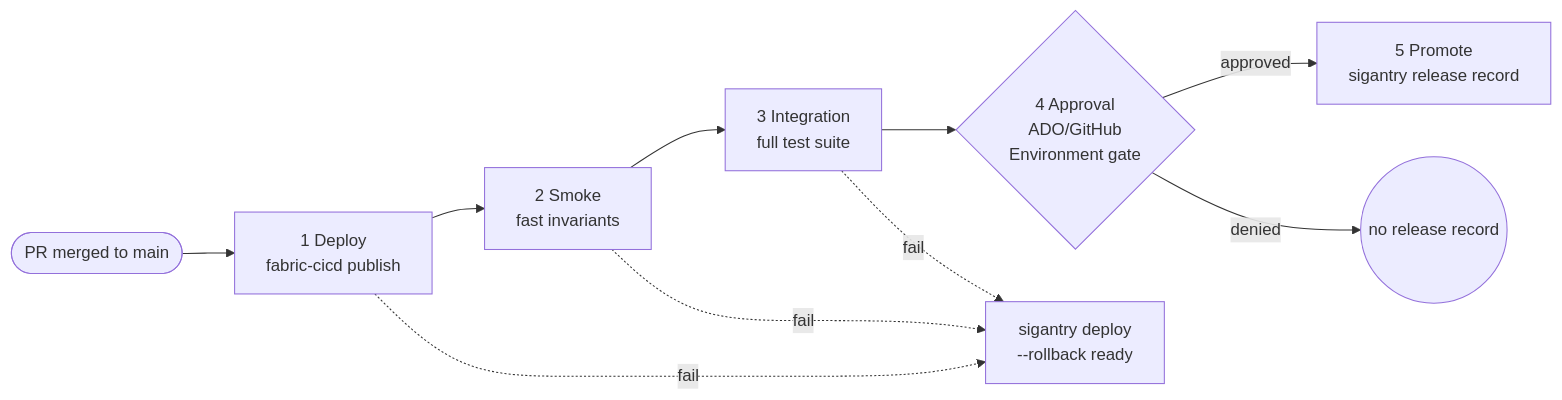
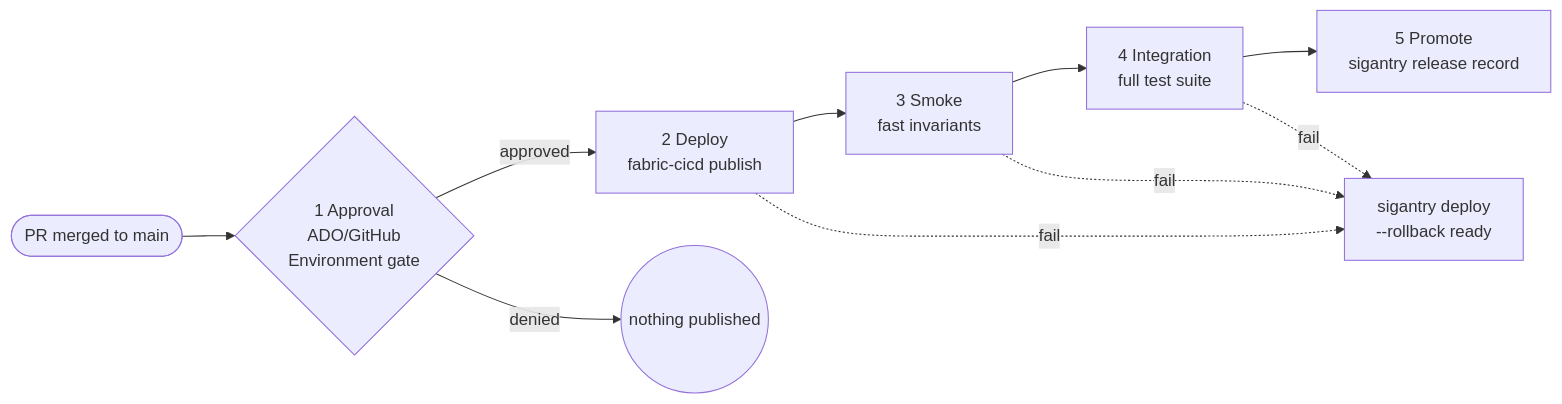
Before and after one commit to Bralabee/sigantry: the sixth of 9 diagrams in docs/CAPABILITIES.md, drawn with Mermaid. The commit also changed other lines of this file and 15 other files, not shown here.

First line of the commit message:
fix(ci-templates): OIDC login, pinned version, approval before publish, approver from the record (#87)

````diff
--- a/docs/CAPABILITIES.md
+++ b/docs/CAPABILITIES.md
@@ -544,12 +544,12 @@
 ```mermaid
 flowchart LR
-    PR(["PR merged to main"]) --> S1["1 Deploy<br/>fabric-cicd publish"]
-    S1 --> S2["2 Smoke<br/>fast invariants"]
-    S2 --> S3["3 Integration<br/>full test suite"]
-    S3 --> APP{"4 Approval<br/>ADO/GitHub<br/>Environment gate"}
-    APP -->|approved| S5["5 Promote<br/>sigantry release record"]
-    APP -->|denied| END(("no release record"))
-    S1 -. fail .-> ROLL["sigantry deploy<br/>--rollback ready"]
-    S2 -. fail .-> ROLL
+    PR(["PR merged to main"]) --> APP{"1 Approval<br/>ADO/GitHub<br/>Environment gate"}
+    APP -->|approved| S2["2 Deploy<br/>fabric-cicd publish"]
+    APP -->|denied| END(("nothing published"))
+    S2 --> S3["3 Smoke<br/>fast invariants"]
+    S3 --> S4["4 Integration<br/>full test suite"]
+    S4 --> S5["5 Promote<br/>sigantry release record"]
+    S2 -. fail .-> ROLL["sigantry deploy<br/>--rollback ready"]
     S3 -. fail .-> ROLL
+    S4 -. fail .-> ROLL
 ```
````
